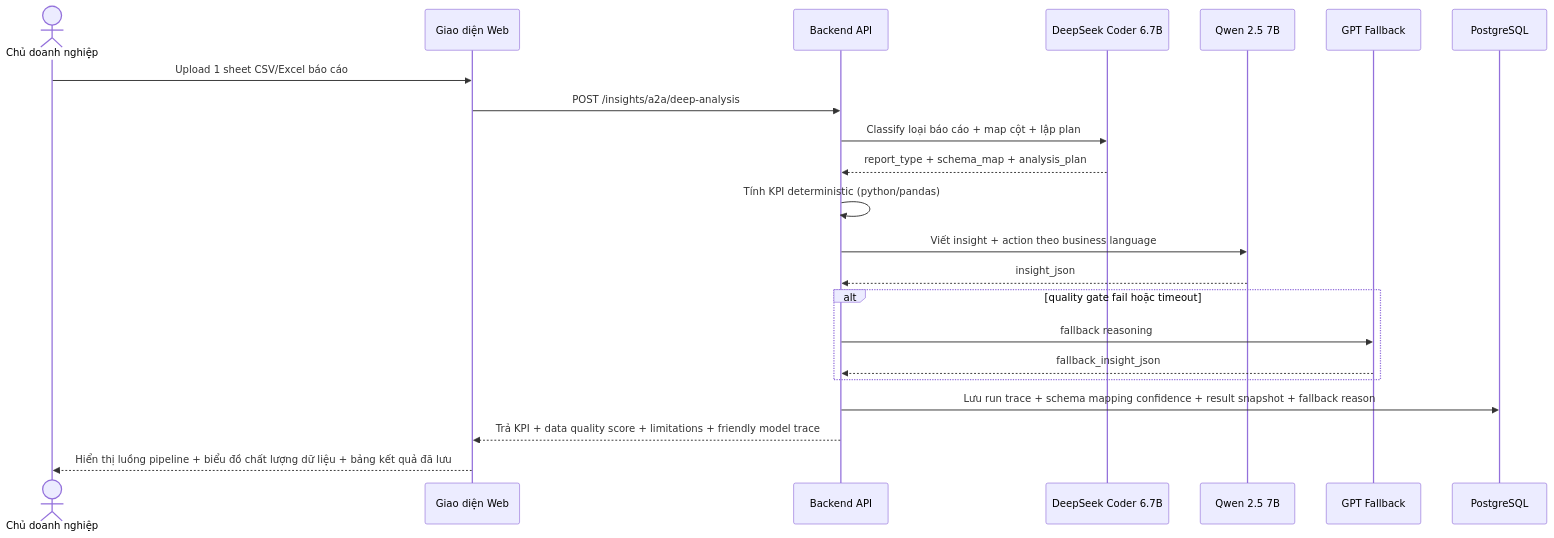
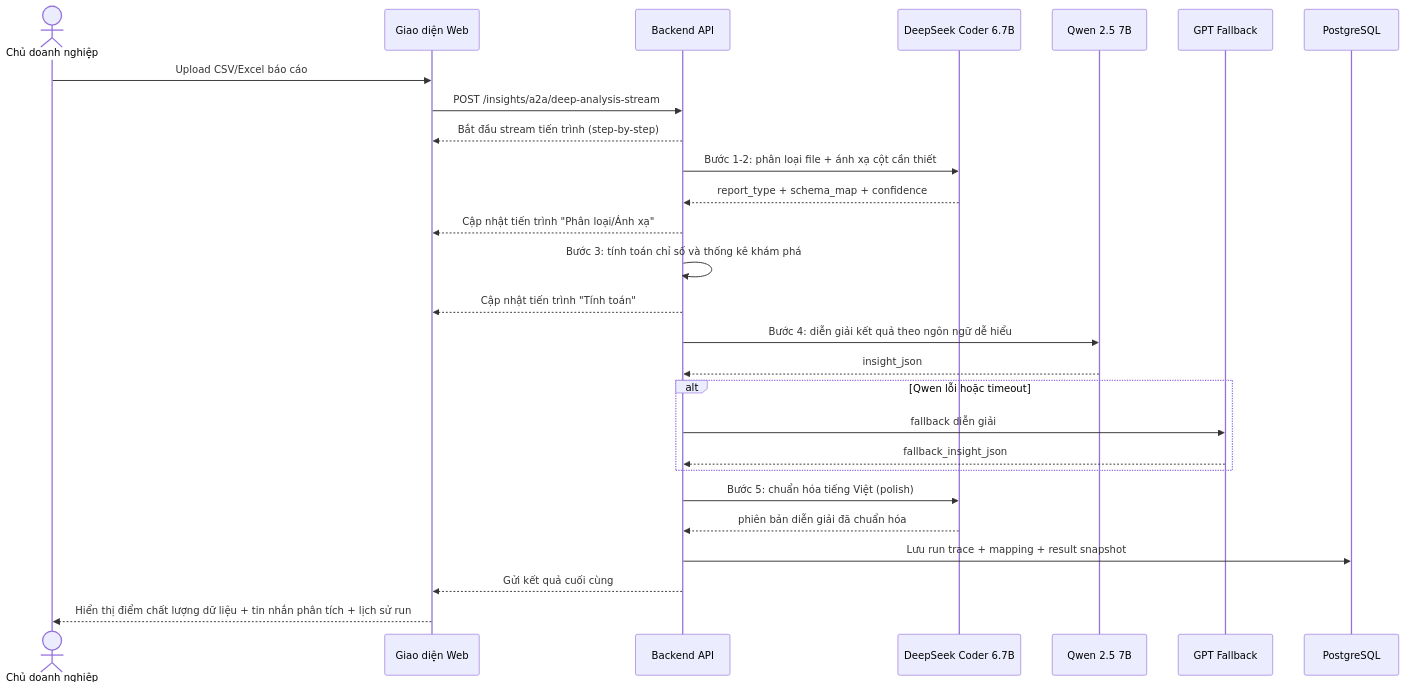
Before and after one commit to medu1122/cap2: the ninth of 9 diagrams in docs/final/02-architecture/sequence-diagrams.md, drawn with Mermaid. The commit also changed other lines of this file and 94 other files, not shown here.

````diff
--- a/docs/final/02-architecture/sequence-diagrams.md
+++ b/docs/final/02-architecture/sequence-diagrams.md
@@ -390,25 +390,35 @@
 ```mermaid
 sequenceDiagram
     actor Owner as Chủ doanh nghiệp
     participant Web as Giao diện Web
     participant API as Backend API
     participant DS as DeepSeek Coder 6.7B
     participant QW as Qwen 2.5 7B
     participant GPT as GPT Fallback
     participant DB as PostgreSQL
 
-    Owner->>Web: Upload 1 sheet CSV/Excel báo cáo
-    Web->>API: POST /insights/a2a/deep-analysis
-    API->>DS: Classify loại báo cáo + map cột + lập plan
-    DS-->>API: report_type + schema_map + analysis_plan
-    API->>API: Tính KPI deterministic (python/pandas)
-    API->>QW: Viết insight + action theo business language
+    Owner->>Web: Upload CSV/Excel báo cáo
+    Web->>API: POST /insights/a2a/deep-analysis-stream
+    API-->>Web: Bắt đầu stream tiến trình (step-by-step)
+
+    API->>DS: Bước 1-2: phân loại file + ánh xạ cột cần thiết
+    DS-->>API: report_type + schema_map + confidence
+    API-->>Web: Cập nhật tiến trình "Phân loại/Ánh xạ"
+
+    API->>API: Bước 3: tính toán chỉ số và thống kê khám phá
+    API-->>Web: Cập nhật tiến trình "Tính toán"
+
+    API->>QW: Bước 4: diễn giải kết quả theo ngôn ngữ dễ hiểu
     QW-->>API: insight_json
-    alt quality gate fail hoặc timeout
-        API->>GPT: fallback reasoning
+    alt Qwen lỗi hoặc timeout
+        API->>GPT: fallback diễn giải
         GPT-->>API: fallback_insight_json
     end
-    API->>DB: Lưu run trace + schema mapping confidence + result snapshot + fallback reason
-    API-->>Web: Trả KPI + data quality score + limitations + friendly model trace
-    Web-->>Owner: Hiển thị luồng pipeline + biểu đồ chất lượng dữ liệu + bảng kết quả đã lưu
+
+    API->>DS: Bước 5: chuẩn hóa tiếng Việt (polish)
+    DS-->>API: phiên bản diễn giải đã chuẩn hóa
+
+    API->>DB: Lưu run trace + mapping + result snapshot
+    API-->>Web: Gửi kết quả cuối cùng
+    Web-->>Owner: Hiển thị điểm chất lượng dữ liệu + tin nhắn phân tích + lịch sử run
 ```
````
